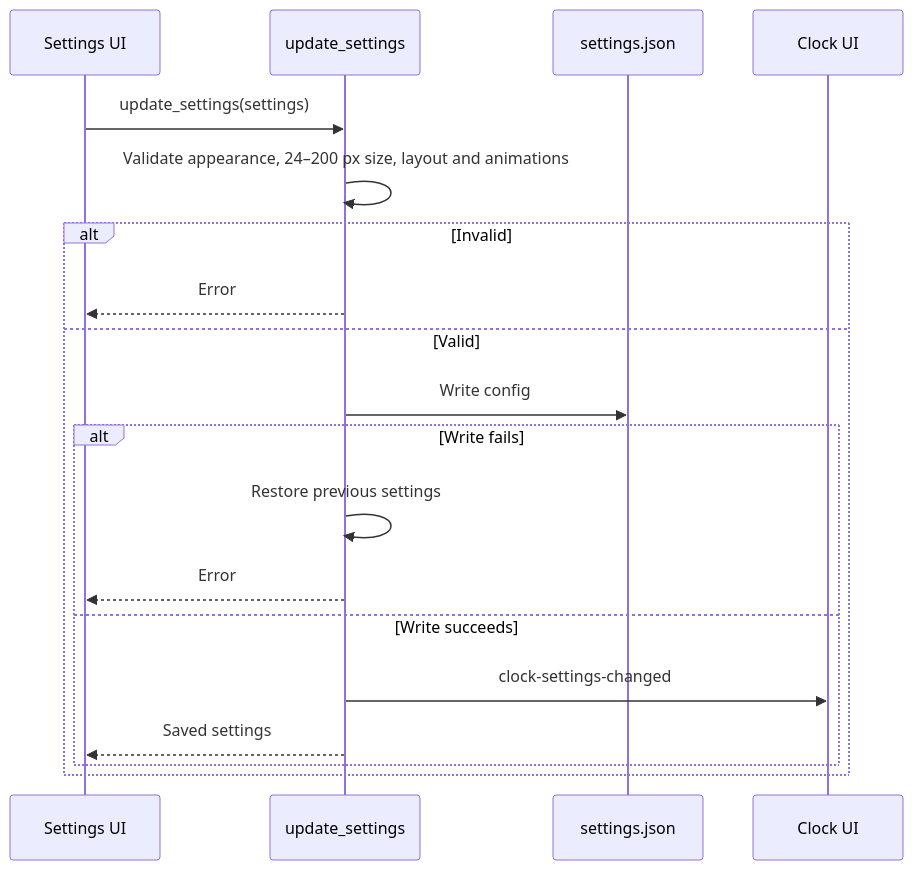
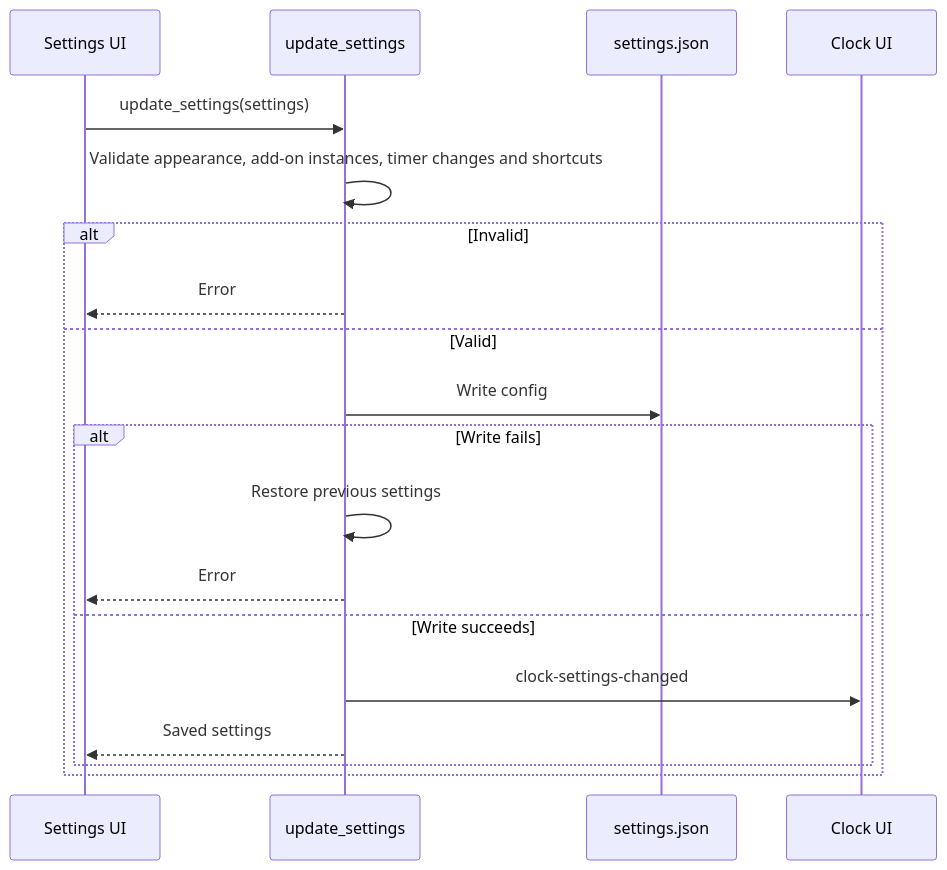
Before and after one commit to tbkmax/TopClock: the second of 3 diagrams in src-tauri/src/doc/workflow_diagram.md, drawn with Mermaid. The commit also changed other lines of this file and 27 other files, not shown here.

````diff
--- a/src-tauri/src/doc/workflow_diagram.md
+++ b/src-tauri/src/doc/workflow_diagram.md
@@ -50,21 +74,21 @@
 ```mermaid
 sequenceDiagram
     participant UI as Settings UI
     participant Rust as update_settings
     participant File as settings.json
     participant Clock as Clock UI
     UI->>Rust: update_settings(settings)
-    Rust->>Rust: Validate appearance, 24–200 px size, layout and animations
+    Rust->>Rust: Validate appearance, add-on instances, timer changes and shortcuts
     alt Invalid
         Rust-->>UI: Error
     else Valid
         Rust->>File: Write config
         alt Write fails
             Rust->>Rust: Restore previous settings
             Rust-->>UI: Error
         else Write succeeds
             Rust->>Clock: clock-settings-changed
             Rust-->>UI: Saved settings
         end
     end
 ```
````
